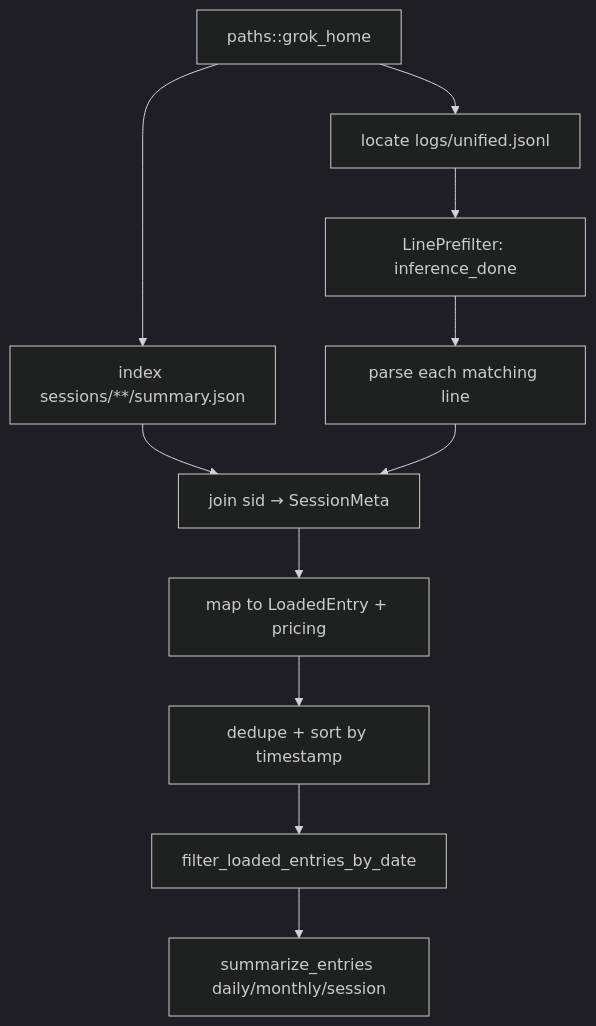
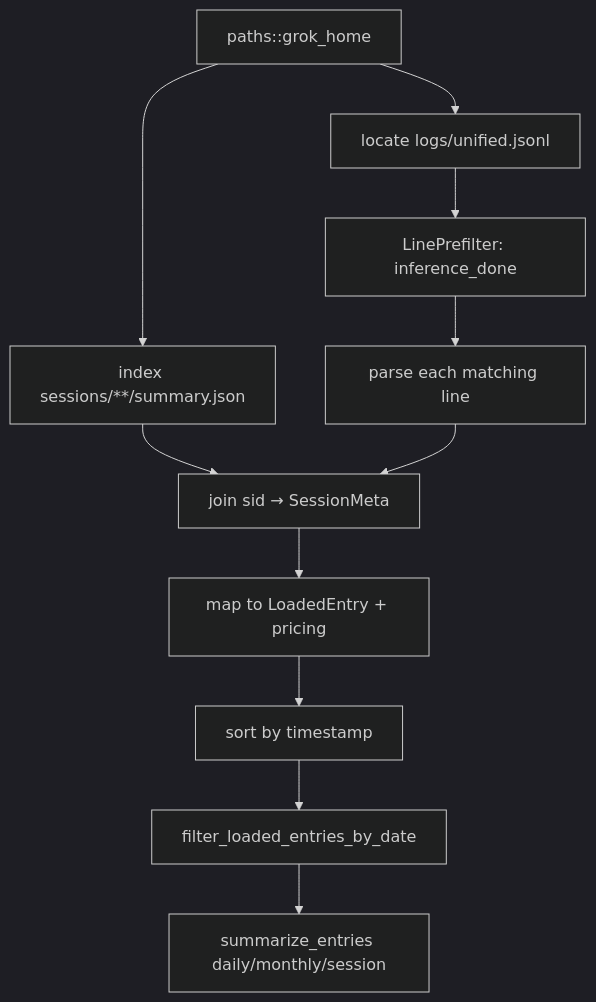
One commit to shuv1337/ccusage changed the diagram in PLAN-grok-adapter.md. Above: the diagram before and after it, drawn with Mermaid (dark theme). The commit also changed other lines of this file, not shown here.

````diff
--- a/PLAN-grok-adapter.md
+++ b/PLAN-grok-adapter.md
@@ -146,13 +148,13 @@
 ```mermaid
 flowchart TD
   A[paths::grok_home] --> B[index sessions/**/summary.json]
   A --> C[locate logs/unified.jsonl]
   C --> D[LinePrefilter: inference_done]
   D --> E[parse each matching line]
   B --> F[join sid → SessionMeta]
   E --> F
   F --> G[map to LoadedEntry + pricing]
-  G --> H[dedupe + sort by timestamp]
+  G --> H[sort by timestamp]
   H --> I[filter_loaded_entries_by_date]
   I --> J[summarize_entries daily/monthly/session]
 ```
````
